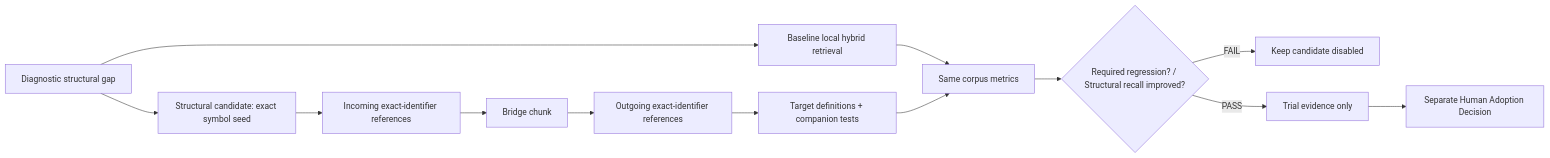
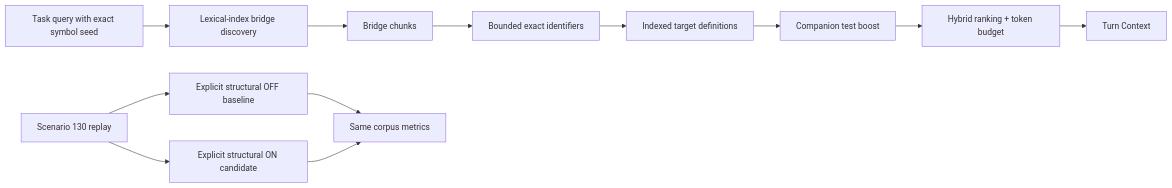
One commit to LucasLu3918/ai-product-system changed the third of 26 diagrams in docs/ARCHITECTURE.md. Above: the diagram before and after it, drawn with Mermaid. The commit also changed other lines of this file and 19 other files, not shown here.

Commit message:
feat(intelligence): adopt bounded structural retrieval

```diff
--- a/docs/ARCHITECTURE.md
+++ b/docs/ARCHITECTURE.md
@@ -64,15 +64,15 @@
 ~~~mermaid
 flowchart LR
-    Q[Diagnostic structural gap] --> B[Baseline local hybrid retrieval]
-    Q --> S[Structural candidate: exact symbol seed]
-    S --> R1[Incoming exact-identifier references]
-    R1 --> BR[Bridge chunk]
-    BR --> R2[Outgoing exact-identifier references]
-    R2 --> T[Target definitions + companion tests]
-    B --> CMP[Same corpus metrics]
-    T --> CMP
-    CMP --> G{Required regression? / Structural recall improved?}
-    G -->|FAIL| KEEP[Keep candidate disabled]
-    G -->|PASS| EVID[Trial evidence only]
-    EVID --> H[Separate Human Adoption Decision]
+    Q[Task query with exact symbol seed] --> L[Lexical-index bridge discovery]
+    L --> BR[Bridge chunks]
+    BR --> ID[Bounded exact identifiers]
+    ID --> DEF[Indexed target definitions]
+    DEF --> TEST[Companion test boost]
+    TEST --> RANK[Hybrid ranking + token budget]
+    RANK --> CTX[Turn Context]
+
+    TRIAL[Scenario 130 replay] --> OFF[Explicit structural OFF baseline]
+    TRIAL --> ON[Explicit structural ON candidate]
+    OFF --> CMP[Same corpus metrics]
+    ON --> CMP
 ~~~
```
